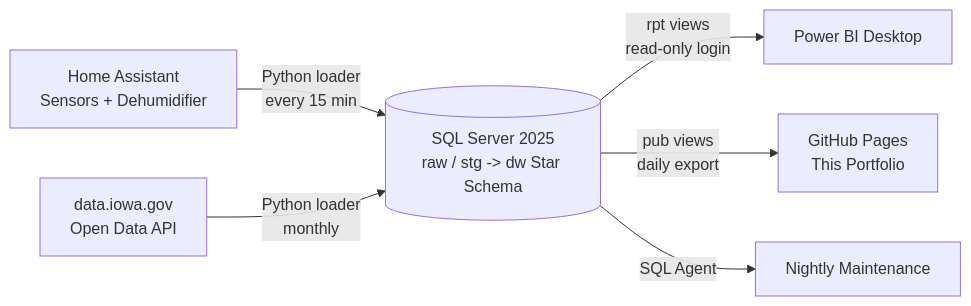
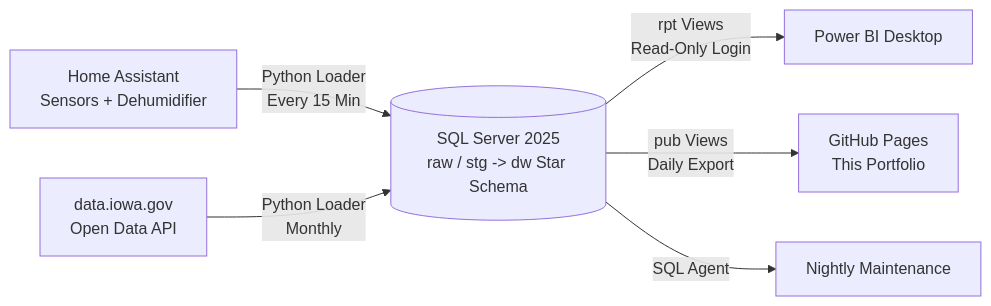
The diagram in README.md (rcammerata/data-portfolio), drawn with Mermaid before and after one commit. The commit also changed other lines of this file and 15 other files, not shown here.

````diff
--- a/README.md
+++ b/README.md
@@ -16,8 +15,8 @@
 ```mermaid
 flowchart LR
-    HA[Home Assistant<br/>Sensors + Dehumidifier] -->|Python loader<br/>every 15 min| SQL
-    IA[data.iowa.gov<br/>Open Data API] -->|Python loader<br/>monthly| SQL
-    SQL[(SQL Server 2025<br/>raw / stg -> dw Star Schema)] -->|rpt views<br/>read-only login| PBI[Power BI Desktop]
-    SQL -->|pub views<br/>daily export| GH[GitHub Pages<br/>This Portfolio]
+    HA[Home Assistant<br/>Sensors + Dehumidifier] -->|Python Loader<br/>Every 15 Min| SQL
+    IA[data.iowa.gov<br/>Open Data API] -->|Python Loader<br/>Monthly| SQL
+    SQL[(SQL Server 2025<br/>raw / stg -> dw Star Schema)] -->|rpt Views<br/>Read-Only Login| PBI[Power BI Desktop]
+    SQL -->|pub Views<br/>Daily Export| GH[GitHub Pages<br/>This Portfolio]
     SQL -->|SQL Agent| JOB[Nightly Maintenance]
 ```
````
